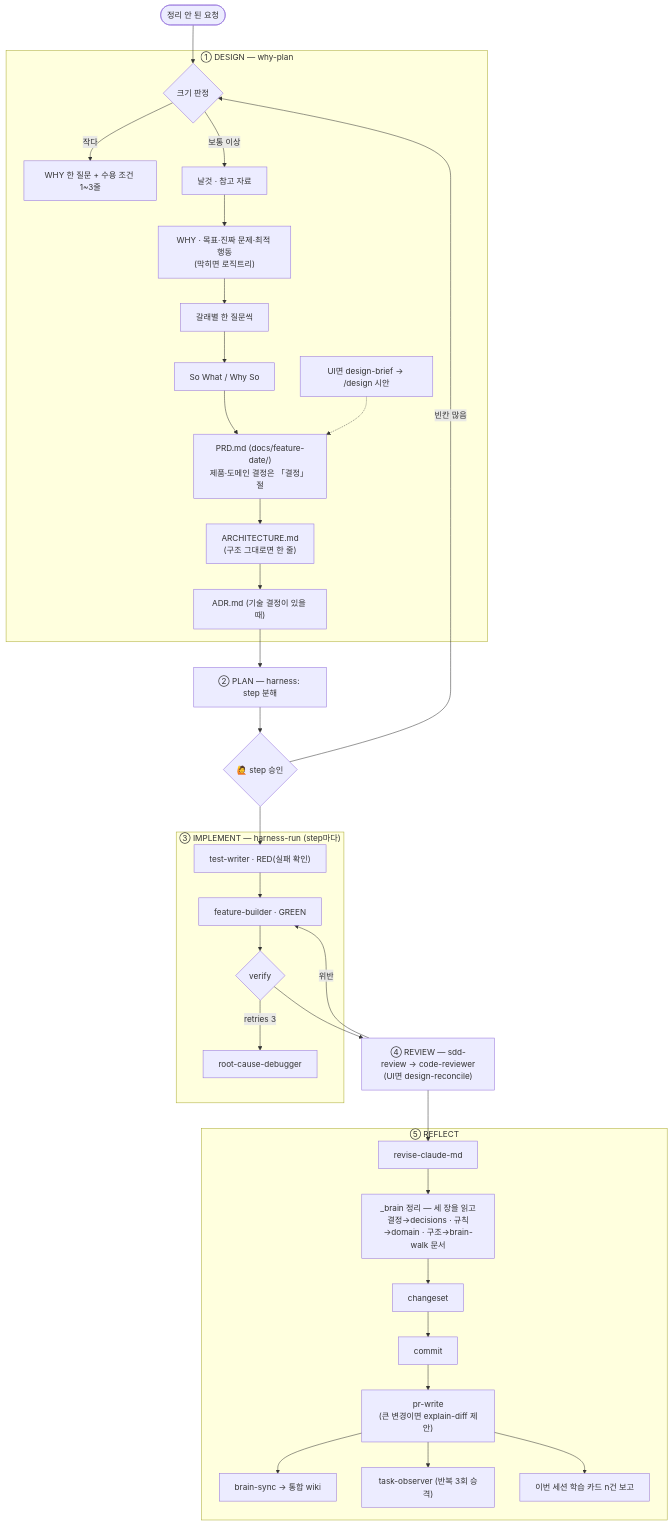
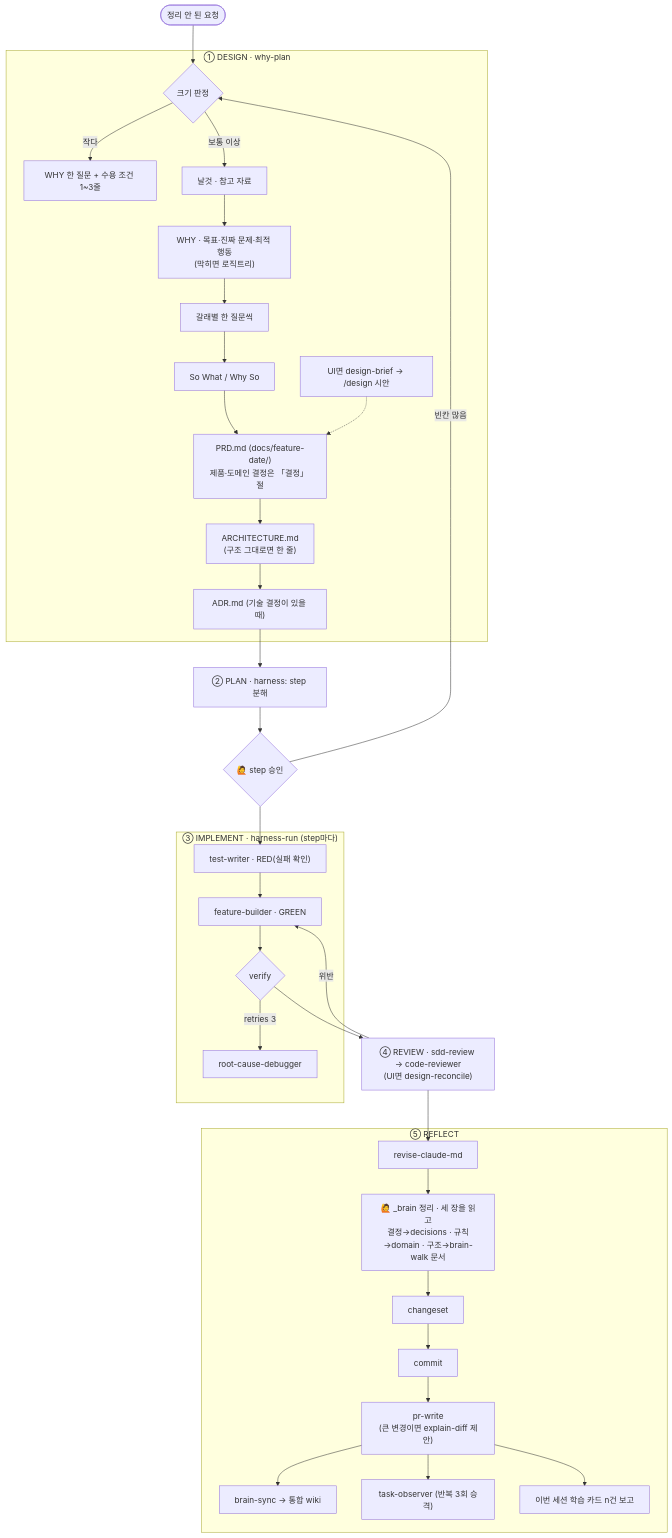
One commit to jtwjs/claude-harness changed the diagram in README.md. Above: the diagram before and after it, drawn with Mermaid. The commit also changed other lines of this file and 1 other file, not shown here.

First line of the commit message:
docs: README를 세 레포 공통 7절·한다체로 정리, 변경 이력은 design-notes §9로

````diff
--- a/README.md
+++ b/README.md
@@ -22,32 +90,32 @@
 ```mermaid
 flowchart TD
   A([정리 안 된 요청]) --> WP
 
-  subgraph DESIGN["① DESIGN — why-plan"]
+  subgraph DESIGN["① DESIGN · why-plan"]
     WP{크기 판정} -->|작다| S[WHY 한 질문 + 수용 조건 1~3줄]
     WP -->|보통 이상| W1[날것 · 참고 자료] --> W2["WHY · 목표·진짜 문제·최적 행동<br/>(막히면 로직트리)"] --> W3[갈래별 한 질문씩] --> W4[So What / Why So]
     W4 --> PRD["PRD.md (docs/feature-date/)<br/>제품·도메인 결정은 「결정」 절"] --> ARCH["ARCHITECTURE.md<br/>(구조 그대로면 한 줄)"] --> ADR["ADR.md (기술 결정이 있을 때)"]
     DB["UI면 design-brief → /design 시안"] -.-> PRD
   end
 
-  ADR --> H["② PLAN — harness: step 분해"]
+  ADR --> H["② PLAN · harness: step 분해"]
   H --> G1{🙋 step 승인}
   G1 -->|빈칸 많음| WP
   G1 --> RUN
 
-  subgraph IMPL["③ IMPLEMENT — harness-run (step마다)"]
+  subgraph IMPL["③ IMPLEMENT · harness-run (step마다)"]
     RUN["test-writer · RED(실패 확인)"] --> FB["feature-builder · GREEN"] --> V{verify}
     V -->|retries 3| RCD[root-cause-debugger]
   end
 
-  V --> RV["④ REVIEW — sdd-review → code-reviewer<br/>(UI면 design-reconcile)"]
+  V --> RV["④ REVIEW · sdd-review → code-reviewer<br/>(UI면 design-reconcile)"]
   RV -->|위반| FB
   RV --> RF
 
   subgraph REFLECT["⑤ REFLECT"]
-    RF[revise-claude-md] --> BR["_brain 정리 — 세 장을 읽고<br/>결정→decisions · 규칙→domain · 구조→brain-walk 문서"] --> CS[changeset] --> CM[commit] --> PR["pr-write<br/>(큰 변경이면 explain-diff 제안)"]
+    RF[revise-claude-md] --> BR["🙋 _brain 정리 · 세 장을 읽고<br/>결정→decisions · 규칙→domain · 구조→brain-walk 문서"] --> CS[changeset] --> CM[commit] --> PR["pr-write<br/>(큰 변경이면 explain-diff 제안)"]
     PR --> BS["brain-sync → 통합 wiki"]
     PR --> TO["task-observer (반복 3회 승격)"]
     PR --> LC[이번 세션 학습 카드 n건 보고]
   end
 ```
````
